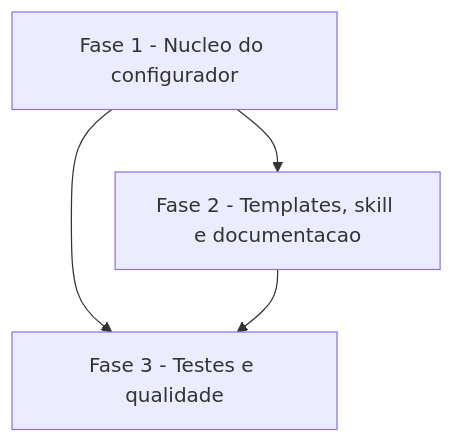
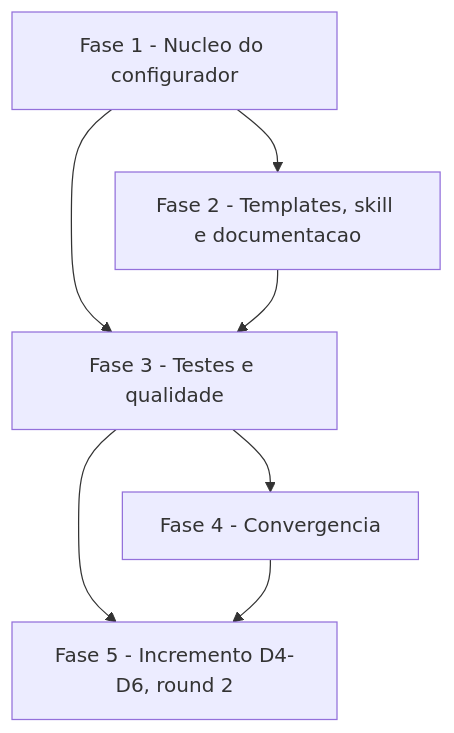
The diagram in docs/specs/prefixos-branch/tasks.md (todo-tips-solucoes/ciclo_dev), drawn with Mermaid before and after one commit. The commit also changed other lines of this file, not shown here.

````diff
--- a/docs/specs/prefixos-branch/tasks.md
+++ b/docs/specs/prefixos-branch/tasks.md
@@ -110,10 +110,13 @@
 ```mermaid
 flowchart TD
     F1[Fase 1 - Nucleo do configurador]
     F2[Fase 2 - Templates, skill e documentacao]
     F3[Fase 3 - Testes e qualidade]
 
     F1 --> F2
     F1 --> F3
     F2 --> F3
+    F3 --> F4[Fase 4 - Convergencia]
+    F3 --> F5[Fase 5 - Incremento D4-D6, round 2]
+    F4 --> F5
 ```
````
